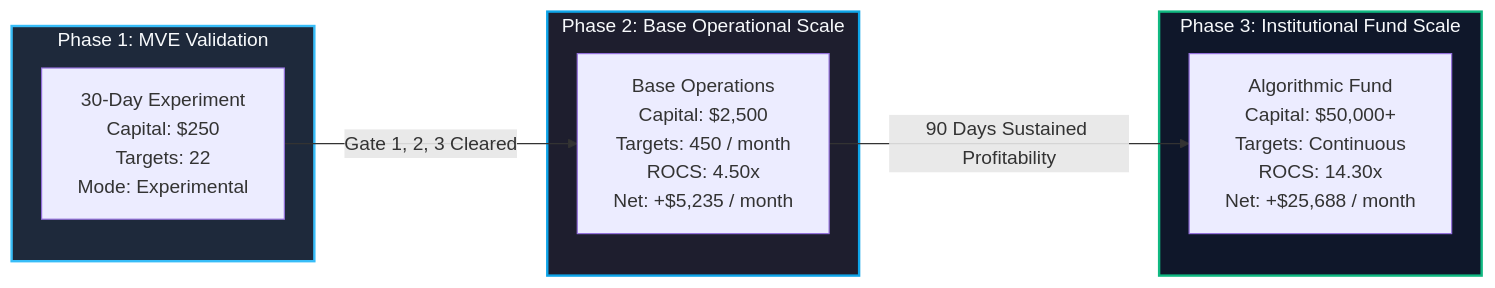
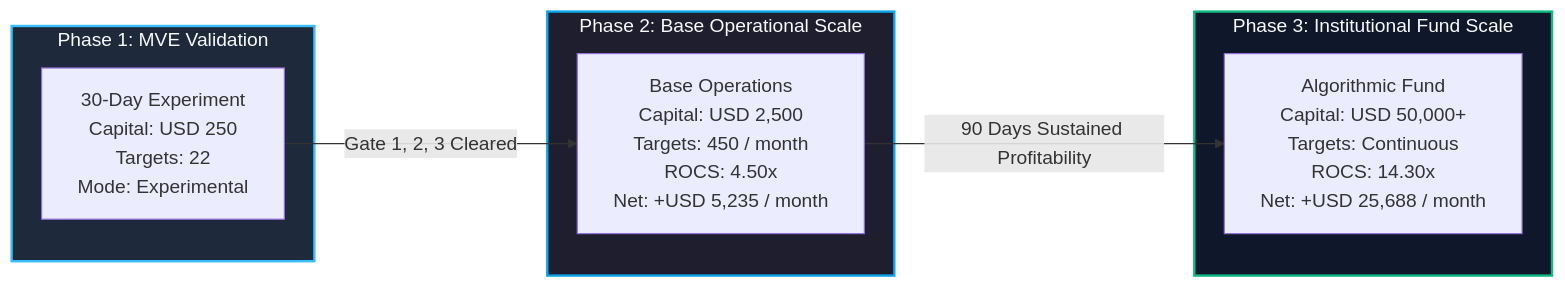
One commit to x-TheFox/Autonomous-Opportunity-Arbitrage-Engine changed the fourth of 4 diagrams in docs/10_mvp_validation_and_decision_gates.md. Above: the diagram before and after it, drawn with Mermaid. The commit also changed other lines of this file and 11 other files, not shown here.

````diff
--- a/docs/10_mvp_validation_and_decision_gates.md
+++ b/docs/10_mvp_validation_and_decision_gates.md
@@ -259,21 +259,21 @@
 ```mermaid
 flowchart LR
     subgraph Phase_1["Phase 1: MVE Validation"]
-        MVE["30-Day Experiment<br/>Capital: $250<br/>Targets: 22<br/>Mode: Experimental"]
+        MVE["30-Day Experiment<br/>Capital: USD 250<br/>Targets: 22<br/>Mode: Experimental"]
     end
 
     subgraph Phase_2["Phase 2: Base Operational Scale"]
-        BASE["Base Operations<br/>Capital: $2,500<br/>Targets: 450 / month<br/>ROCS: 4.50x<br/>Net: +$5,235 / month"]
+        BASE["Base Operations<br/>Capital: USD 2,500<br/>Targets: 450 / month<br/>ROCS: 4.50x<br/>Net: +USD 5,235 / month"]
     end
 
     subgraph Phase_3["Phase 3: Institutional Fund Scale"]
-        INST["Algorithmic Fund<br/>Capital: $50,000+<br/>Targets: Continuous<br/>ROCS: 14.30x<br/>Net: +$25,688 / month"]
+        INST["Algorithmic Fund<br/>Capital: USD 50,000+<br/>Targets: Continuous<br/>ROCS: 14.30x<br/>Net: +USD 25,688 / month"]
     end
 
     MVE -->|Gate 1, 2, 3 Cleared| BASE
     BASE -->|90 Days Sustained Profitability| INST
 
     style Phase_1 fill:#1e293b,stroke:#38bdf8,stroke-width:2px,color:#f8fafc
     style Phase_2 fill:#1e1e2e,stroke:#0ea5e9,stroke-width:2px,color:#f8fafc
     style Phase_3 fill:#0f172a,stroke:#10b981,stroke-width:2px,color:#f8fafc
 ```
````
